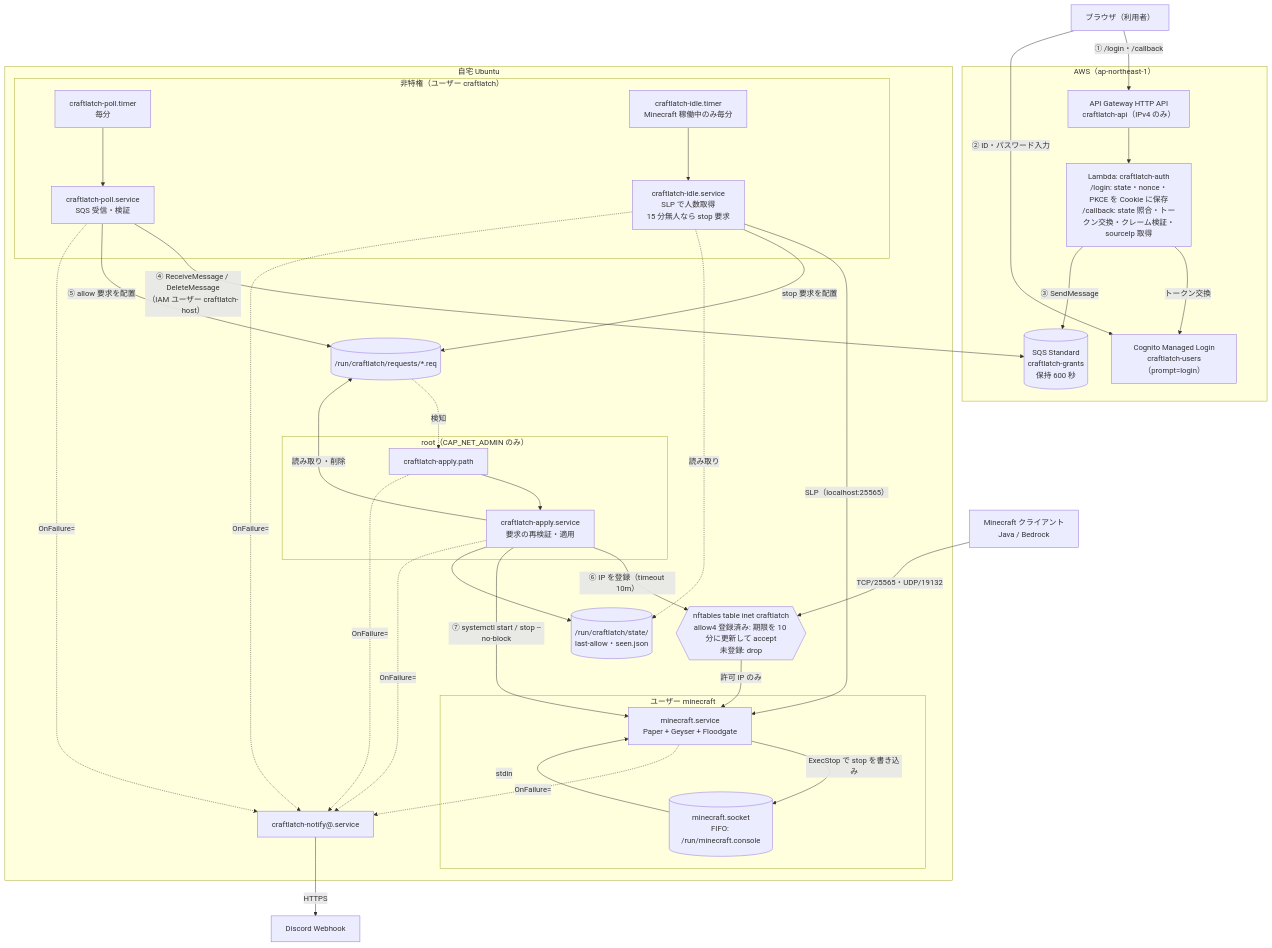
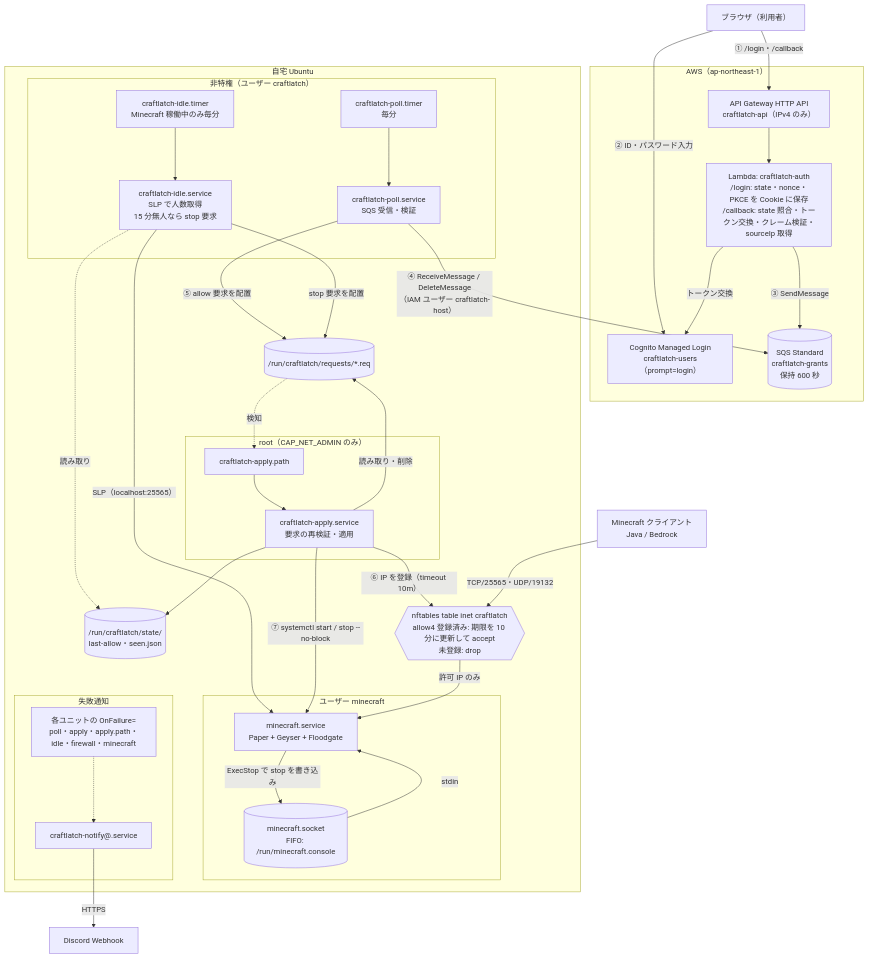
Before and after one commit to Knu334-Inc/CraftLatch: the first of 2 diagrams in docs/superpowers/specs/2026-11-01-craftlatch-design.md, drawn with Mermaid.

Commit message:
docs: 全体構成図の失敗通知経路を整理

````diff
--- a/docs/superpowers/specs/2026-11-01-craftlatch-design.md
+++ b/docs/superpowers/specs/2026-11-01-craftlatch-design.md
@@ -77,59 +77,62 @@
 ```mermaid
 flowchart TB
     browser["ブラウザ（利用者）"]
     player["Minecraft クライアント<br/>Java / Bedrock"]
     discord["Discord Webhook"]
 
     subgraph aws["AWS（ap-northeast-1）"]
         apigw["API Gateway HTTP API<br/>craftlatch-api（IPv4 のみ）"]
         lambda["Lambda: craftlatch-auth<br/>/login: state・nonce・PKCE を Cookie に保存<br/>/callback: state 照合・トークン交換・クレーム検証・sourceIp 取得"]
         cognito["Cognito Managed Login<br/>craftlatch-users（prompt=login）"]
         sqs[("SQS Standard<br/>craftlatch-grants<br/>保持 600 秒")]
     end
 
     subgraph host["自宅 Ubuntu"]
         subgraph unpriv["非特権（ユーザー craftlatch）"]
             pollTimer["craftlatch-poll.timer<br/>毎分"]
             poll["craftlatch-poll.service<br/>SQS 受信・検証"]
             idleTimer["craftlatch-idle.timer<br/>Minecraft 稼働中のみ毎分"]
             idle["craftlatch-idle.service<br/>SLP で人数取得<br/>15 分無人なら stop 要求"]
         end
         requests[("/run/craftlatch/requests/*.req")]
         state[("/run/craftlatch/state/<br/>last-allow・seen.json")]
         subgraph priv["root（CAP_NET_ADMIN のみ）"]
             applyPath["craftlatch-apply.path"]
             apply["craftlatch-apply.service<br/>要求の再検証・適用"]
         end
         nft{{"nftables table inet craftlatch<br/>allow4 登録済み: 期限を 10 分に更新して accept<br/>未登録: drop"}}
         subgraph mc["ユーザー minecraft"]
             minecraft["minecraft.service<br/>Paper + Geyser + Floodgate"]
             fifo[("minecraft.socket<br/>FIFO: /run/minecraft.console")]
         end
-        notify["craftlatch-notify@.service"]
+        subgraph notifyGroup["失敗通知"]
+            onfail
+            notify["craftlatch-notify@.service"]
+        end
     end
 
     browser -- "① /login・/callback" --> apigw
     apigw --> lambda
     browser -- "② ID・パスワード入力" --> cognito
     lambda -- "トークン交換" --> cognito
     lambda -- "③ SendMessage" --> sqs
     pollTimer --> poll
     poll -- "④ ReceiveMessage / DeleteMessage<br/>（IAM ユーザー craftlatch-host）" --> sqs
     poll -- "⑤ allow 要求を配置" --> requests
     idleTimer --> idle
     idle -- "SLP（localhost:25565）" --> minecraft
     idle -- "stop 要求を配置" --> requests
     idle -. "読み取り" .-> state
     requests -. "検知" .-> applyPath
     applyPath --> apply
     apply -- "読み取り・削除" --> requests
     apply -- "⑥ IP を登録（timeout 10m）" --> nft
     apply -- "⑦ systemctl start / stop --no-block" --> minecraft
     apply --> state
     minecraft -- "ExecStop で stop を書き込み" --> fifo
     fifo -- "stdin" --> minecraft
     player -- "TCP/25565・UDP/19132" --> nft
     nft -- "許可 IP のみ" --> minecraft
-    poll & apply & applyPath & idle & minecraft -. "OnFailure=" .-> notify
+    onfail["各ユニットの OnFailure=<br/>poll・apply・apply.path・idle・firewall・minecraft"] -.-> notify
     notify -- "HTTPS" --> discord
 ```
````
